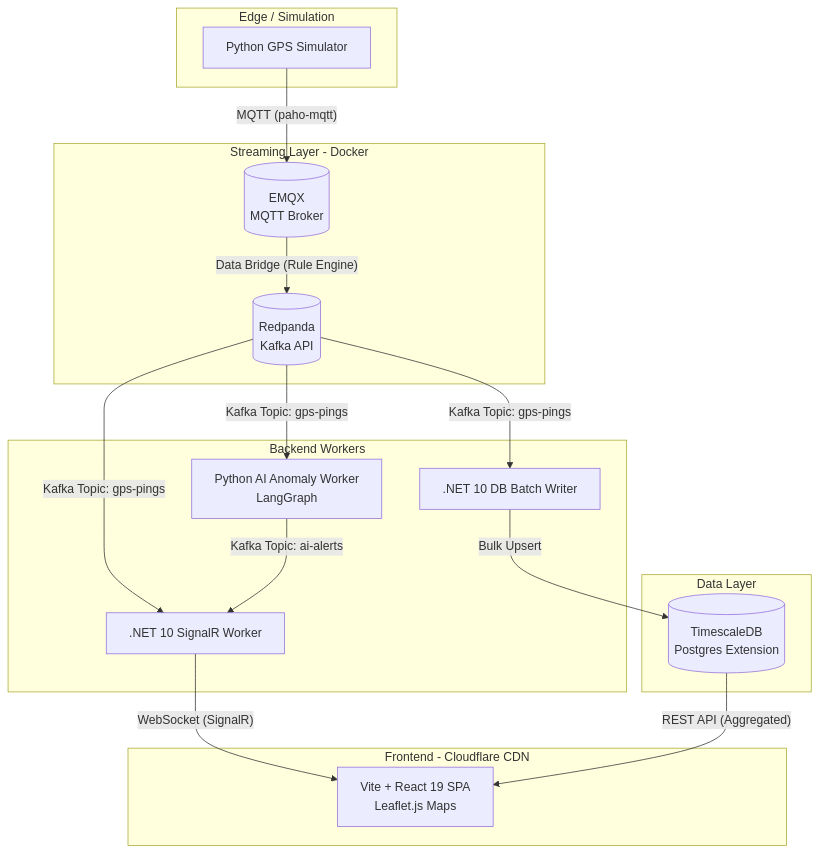
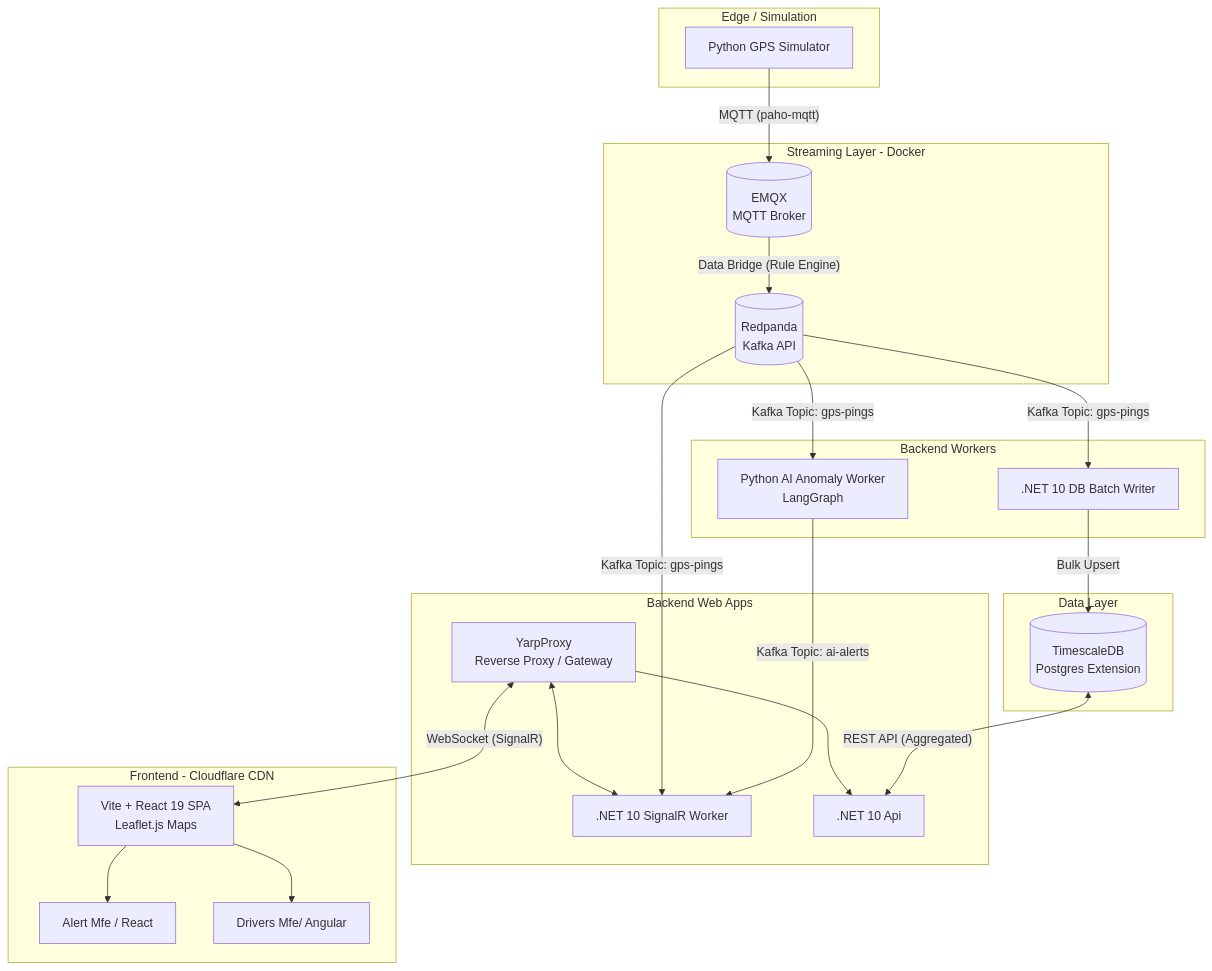
Before and after one commit to josehvaldes/fleetpulsesystem: the diagram in docs/architecture.md, drawn with Mermaid. The commit also changed 37 other files, not shown here.

````diff
--- a/docs/architecture.md
+++ b/docs/architecture.md
@@ -13,37 +13,52 @@
 ```mermaid
 graph TD
 
 subgraph Edge [Edge / Simulation]
 Sim[Python GPS Simulator]
 end
 
 subgraph Stream [Streaming Layer - Docker]
 EMQX[(EMQX <br/> MQTT Broker)]
 RP[(Redpanda <br/> Kafka API)]
 EMQX -- "Data Bridge (Rule Engine)" --> RP
 end
 
 subgraph Processing [Backend Workers]
-WS[.NET 10 SignalR Worker]
 AI[Python AI Anomaly Worker <br/> LangGraph]
 DB[.NET 10 DB Batch Writer]
 end
+
+subgraph Exposing [Backend Web Apps]
+
+WS[.NET 10 SignalR Worker]
+API[.NET 10 Api]
+YARP["YarpProxy<br/>Reverse Proxy / Gateway"]
+YARP --> API
+YARP <--> WS 
+
+end
+
 subgraph Storage [Data Layer]
 TSDB[(TimescaleDB <br/> Postgres Extension)]
 end
+
 subgraph Presentation [Frontend - Cloudflare CDN]
 UI[Vite + React 19 SPA <br/> Leaflet.js Maps]
+ALERTMFE["Alert Mfe / React"]
+DRIVERMFE["Drivers Mfe/ Angular"]
+
+UI --> ALERTMFE
+UI --> DRIVERMFE
 end
 
 Sim -- "MQTT (paho-mqtt)" --> EMQX
 RP -- "Kafka Topic: gps-pings" --> WS
 RP -- "Kafka Topic: gps-pings" --> AI
 RP -- "Kafka Topic: gps-pings" --> DB
 
 AI -- "Kafka Topic: ai-alerts" --> WS
 DB -- "Bulk Upsert" --> TSDB
-WS -- "WebSocket (SignalR)" --> UI
-TSDB -- "REST API (Aggregated)" --> UI
-
+YARP -- "WebSocket (SignalR)" <--> UI
+TSDB -- "REST API (Aggregated)" <--> API
 
 ```
````
